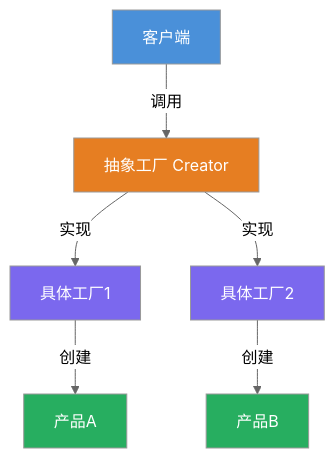
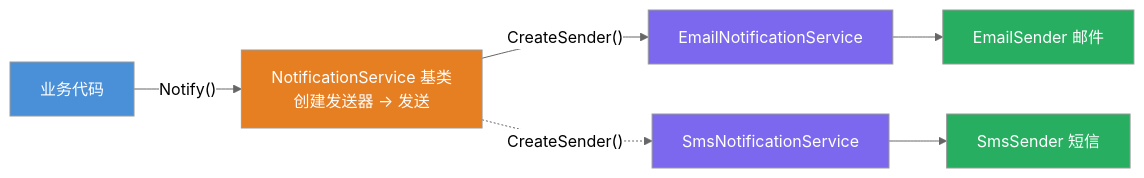
Before and after one commit to hollson/design_patterns: the third of 3 diagrams in FactoryMethodPattern/README.md, drawn with Mermaid (neutral theme). The commit also changed other lines of this file and 21 other files, not shown here.

````diff
--- a/FactoryMethodPattern/README.md
+++ b/FactoryMethodPattern/README.md
@@ -27,15 +137,15 @@
 ```mermaid
-flowchart TD
-    A["客户端"] -->|"调用"| B["抽象工厂 Creator"]
-    B -->|"实现"| C["具体工厂1"]
-    B -->|"实现"| D["具体工厂2"]
-    C -->|"创建"| E["产品A"]
-    D -->|"创建"| F["产品B"]
+flowchart LR
+    B["业务代码"] -->|"Notify()"| N["NotificationService 基类<br/>创建发送器 → 发送"]
+    N -->|"CreateSender()"| E["EmailNotificationService"]
+    N -.->|"CreateSender()"| S["SmsNotificationService"]
+    E --> ES["EmailSender 邮件"]
+    S --> SS["SmsSender 短信"]
 
-    style A fill:#4A90D9,color:#fff
-    style B fill:#E67E22,color:#fff
-    style C fill:#7B68EE,color:#fff
-    style D fill:#7B68EE,color:#fff
-    style E fill:#27AE60,color:#fff
-    style F fill:#27AE60,color:#fff
+    style B fill:#4A90D9,color:#fff
+    style N fill:#E67E22,color:#fff
+    style E fill:#7B68EE,color:#fff
+    style S fill:#7B68EE,color:#fff
+    style ES fill:#27AE60,color:#fff
+    style SS fill:#27AE60,color:#fff
 ```
````
